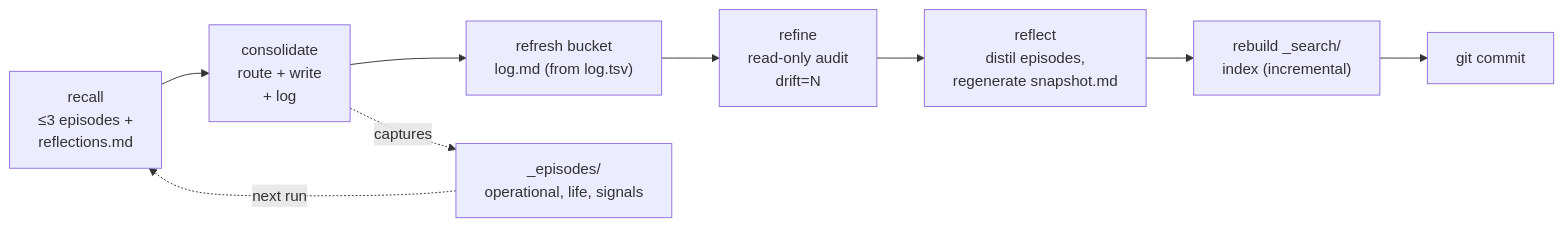
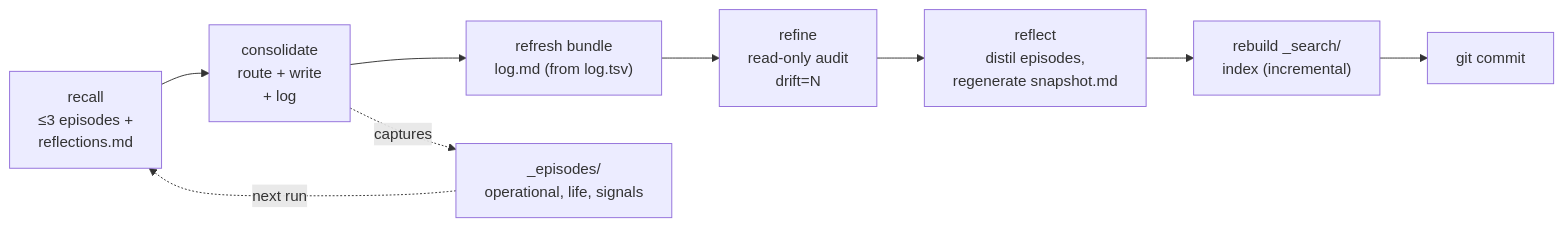
Before and after one commit to mmanzini/agentic-knowledge-engine: the third of 4 diagrams in README.md, drawn with Mermaid. The commit also changed other lines of this file, not shown here.

First line of the commit message:
docs: rename bucket → bundle in README (Unison-ignored, missed by sync)

````diff
--- a/README.md
+++ b/README.md
@@ -161,11 +161,11 @@
 ```mermaid
 flowchart LR
     REC["recall<br/>≤3 episodes +<br/>reflections.md"] --> CON["consolidate<br/>route + write<br/>+ log"]
-    CON --> LOG["refresh bucket<br/>log.md (from log.tsv)"]
+    CON --> LOG["refresh bundle<br/>log.md (from log.tsv)"]
     LOG --> REF["refine<br/>read-only audit<br/>drift=N"]
     REF --> RFL["reflect<br/>distil episodes,<br/>regenerate snapshot.md"]
     RFL --> IDX["rebuild _search/<br/>index (incremental)"]
     IDX --> GIT["git commit"]
     CON -.->|"captures"| EP["_episodes/<br/>operational, life, signals"]
     EP -.->|"next run"| REC
 ```
````
